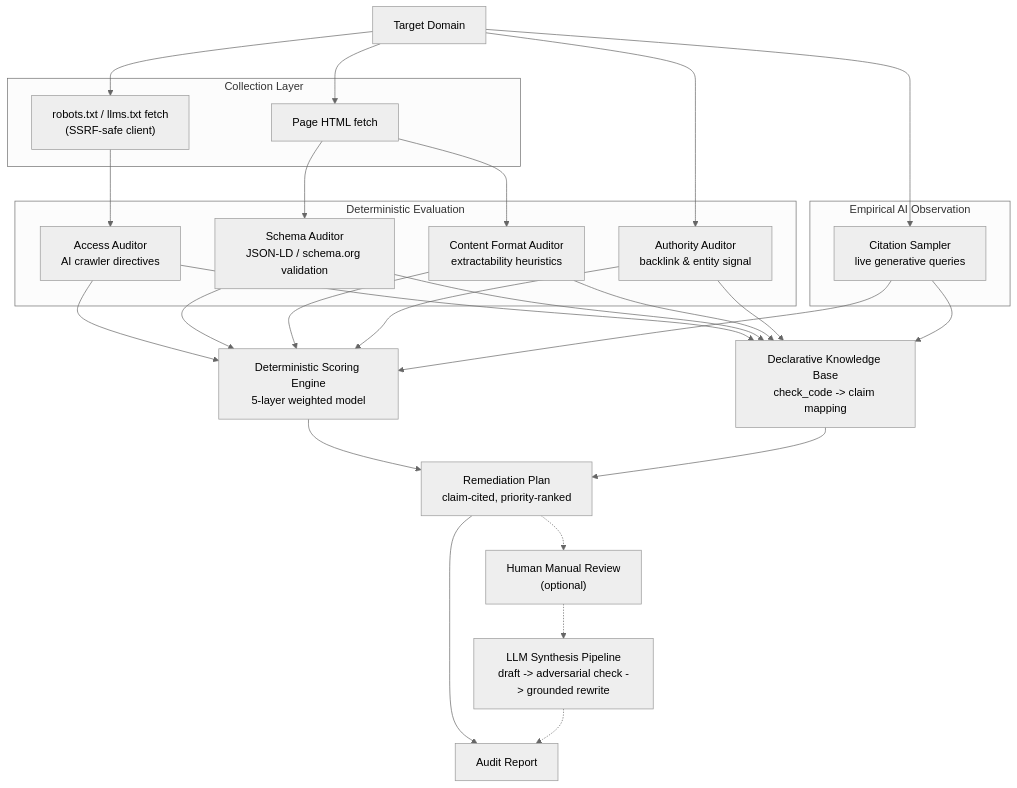
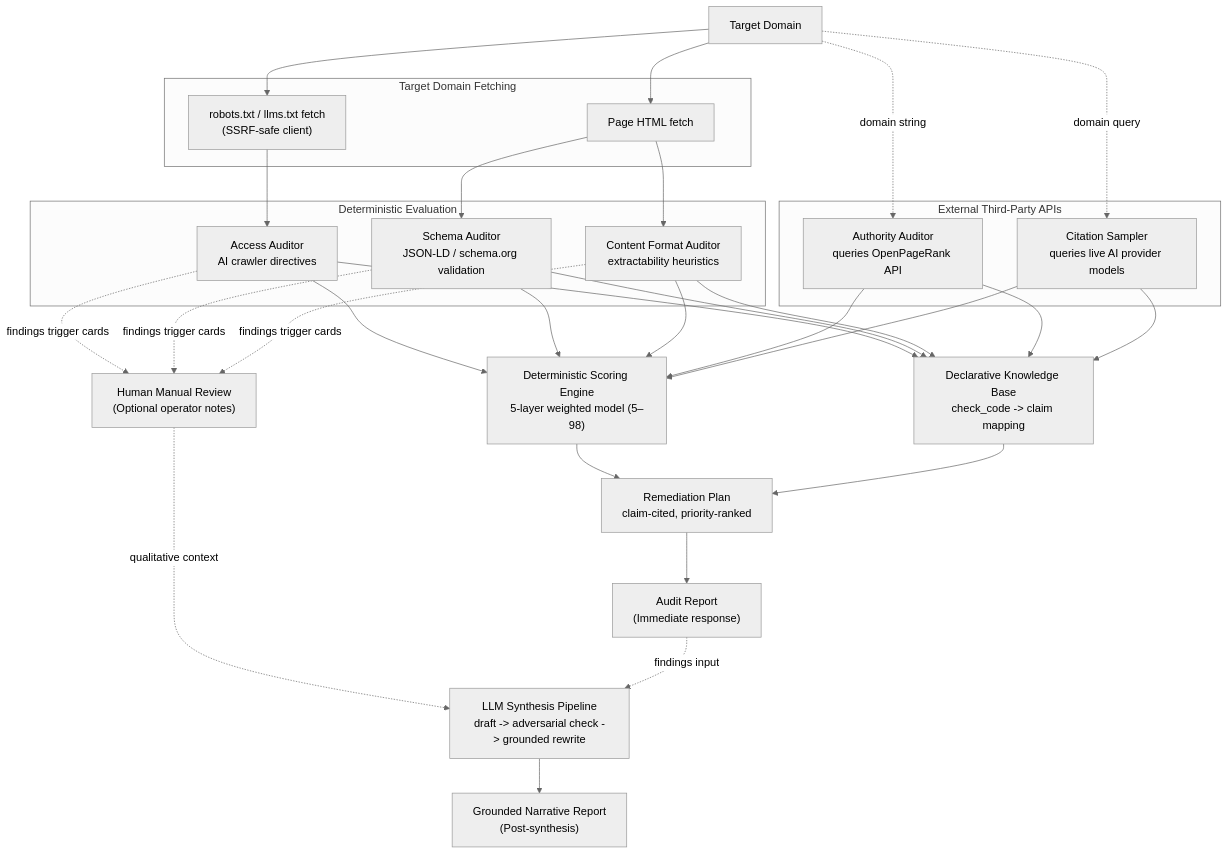
Before and after one commit to Eaterofsouls/citeable: the second of 3 diagrams in docs/external.md, drawn with Mermaid (neutral theme). The commit also changed other lines of this file and 9 other files, not shown here.

````diff
--- a/docs/external.md
+++ b/docs/external.md
@@ -262,54 +261,58 @@
 ```mermaid
 flowchart TD
     T["Target Domain"]
 
-    subgraph COLLECT["Collection Layer"]
+    subgraph COLLECT["Target Domain Fetching"]
         C1["robots.txt / llms.txt fetch<br/>(SSRF-safe client)"]
         C2["Page HTML fetch"]
     end
 
     subgraph EVAL["Deterministic Evaluation"]
         E1["Access Auditor<br/>AI crawler directives"]
         E2["Schema Auditor<br/>JSON-LD / schema.org validation"]
         E3["Content Format Auditor<br/>extractability heuristics"]
-        E4["Authority Auditor<br/>backlink & entity signal"]
     end
 
-    subgraph OBSERVE["Empirical AI Observation"]
-        O1["Citation Sampler<br/>live generative queries"]
+    subgraph EXTERNAL["External Third-Party APIs"]
+        E4["Authority Auditor<br/>queries OpenPageRank API"]
+        O1["Citation Sampler<br/>queries live AI provider models"]
     end
 
-    SCORE["Deterministic Scoring Engine<br/>5-layer weighted model"]
+    SCORE["Deterministic Scoring Engine<br/>5-layer weighted model (5–98)"]
     KB["Declarative Knowledge Base<br/>check_code -> claim mapping"]
     PLAN["Remediation Plan<br/>claim-cited, priority-ranked"]
-    REVIEW["Human Manual Review<br/>(optional)"]
+    REPORT["Audit Report<br/>(Immediate response)"]
+    REVIEW["Human Manual Review<br/>(Optional operator notes)"]
     SYNTH["LLM Synthesis Pipeline<br/>draft -> adversarial check -> grounded rewrite"]
-    REPORT["Audit Report"]
+    NARRATIVE["Grounded Narrative Report<br/>(Post-synthesis)"]
 
     T --> C1
     T --> C2
+    T -. domain string .-> E4
+    T -. domain query .-> O1
     C1 --> E1
     C2 --> E2
     C2 --> E3
-    T --> E4
-    T --> O1
 
     E1 --> SCORE
     E2 --> SCORE
     E3 --> SCORE
     E4 --> SCORE
     O1 --> SCORE
 
     E1 --> KB
     E2 --> KB
     E3 --> KB
     E4 --> KB
     O1 --> KB
 
     SCORE --> PLAN
     KB --> PLAN
     PLAN --> REPORT
-    PLAN -.-> REVIEW
-    REVIEW -.-> SYNTH
-    SYNTH -.-> REPORT
+    E1 -. findings trigger cards .-> REVIEW
+    E2 -. findings trigger cards .-> REVIEW
+    E3 -. findings trigger cards .-> REVIEW
+    REVIEW -. qualitative context .-> SYNTH
+    REPORT -. findings input .-> SYNTH
+    SYNTH --> NARRATIVE
 ```
````
